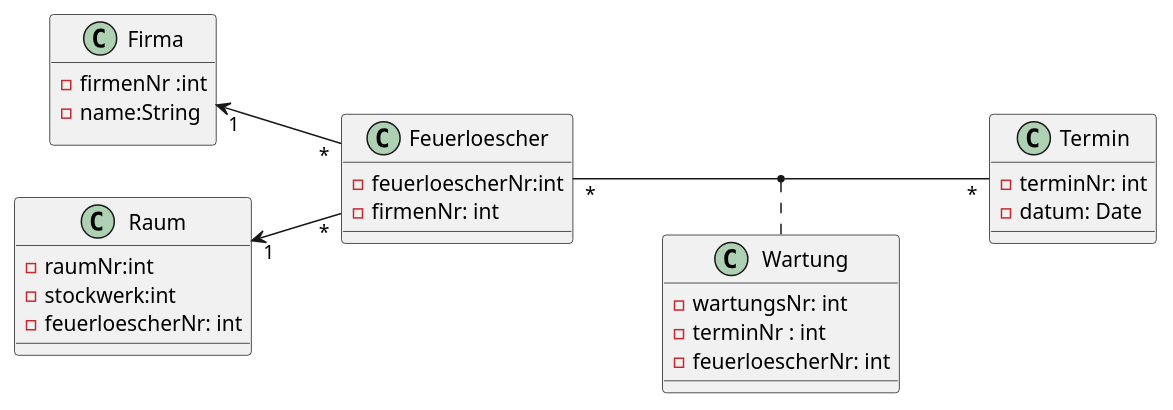
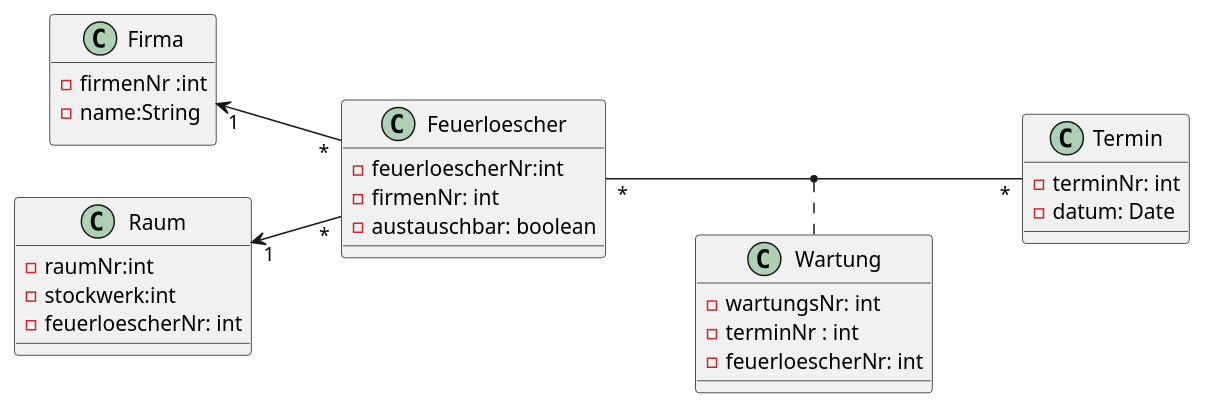
Before and after one commit to 2122-3bhitm-itp/02-project-diagramm-generator: the diagram in asciidocs/plantuml/erd.puml, drawn with PlantUML. The commit also changed 1 other file, not shown here.

```diff
--- a/asciidocs/plantuml/erd.puml
+++ b/asciidocs/plantuml/erd.puml
@@ -1,39 +1,40 @@
 @startuml
 'https://plantuml.com/class-diagram
 left to right direction
 class Firma {
 - firmenNr :int
 - name:String
 ||
 }
 class Raum {
  - raumNr:int
  - stockwerk:int
  -  feuerloescherNr: int
 }
 class Feuerloescher {
  - feuerloescherNr:int
  - firmenNr: int
+ - austauschbar: boolean
 
 }
 class Termin {
     - terminNr: int
     - datum: Date
 
 }
 
 class Wartung {
     - wartungsNr: int
    - terminNr : int
    - feuerloescherNr: int
 }
 
 Raum "1" <-- "*" Feuerloescher
 
 Feuerloescher "*" --  "*" Termin
 
 (Feuerloescher,Termin) .. Wartung
 
 Firma "1" <-- "*" Feuerloescher
 
 @enduml
```
